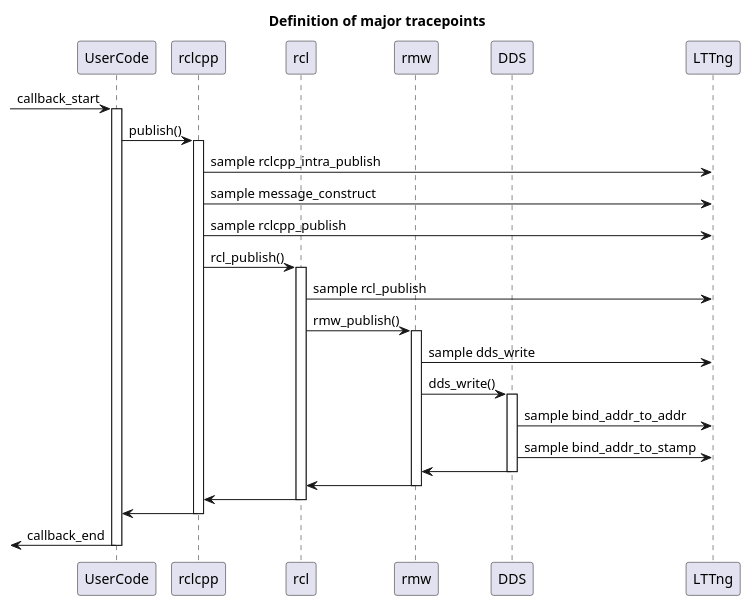
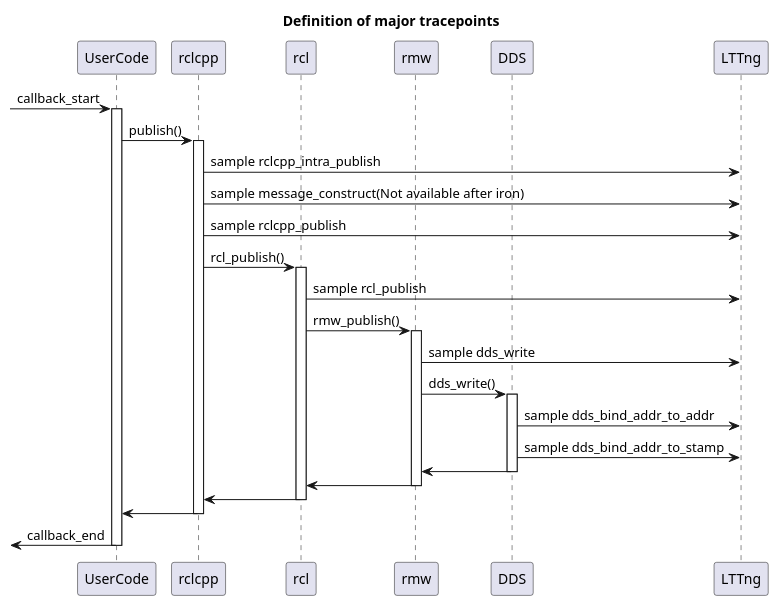
Before and after one commit to tier4/caret_doc: the diagram in docs/design/event_and_latency_definitions/publisher.md, drawn with PlantUML. The commit also changed other lines of this file and 6 other files, not shown here.

````diff
--- a/docs/design/event_and_latency_definitions/publisher.md
+++ b/docs/design/event_and_latency_definitions/publisher.md
@@ -7,51 +7,51 @@
 ```plantuml
 @startuml
 title: Definition of major tracepoints
 
 participant UserCode
 participant rclcpp
 participant rcl
 participant rmw
 participant DDS
 participant LTTng
 
 -> UserCode : callback_start
 activate UserCode
 UserCode -> rclcpp: publish()
 activate rclcpp
 
 rclcpp -> LTTng: sample rclcpp_intra_publish
-rclcpp -> LTTng: sample message_construct
+rclcpp -> LTTng: sample message_construct(Not available after iron)
 rclcpp -> LTTng: sample rclcpp_publish
 
 rclcpp -> rcl: rcl_publish()
 activate rcl
 
 rcl -> LTTng: sample rcl_publish
 
 rcl -> rmw: rmw_publish()
 activate rmw
 
 rmw -> LTTng: sample dds_write
 
 rmw -> DDS: dds_write()
 activate DDS
-DDS -> LTTng: sample bind_addr_to_addr
-DDS -> LTTng: sample bind_addr_to_stamp
+DDS -> LTTng: sample dds_bind_addr_to_addr
+DDS -> LTTng: sample dds_bind_addr_to_stamp
 
 DDS -> rmw
 deactivate DDS
 
 rmw -> rcl
 deactivate rmw
 
 rcl -> rclcpp
 deactivate rcl
 
 rclcpp -> UserCode
 deactivate rclcpp
 
 <- UserCode : callback_end
 deactivate UserCode
 @enduml
 ```
````
